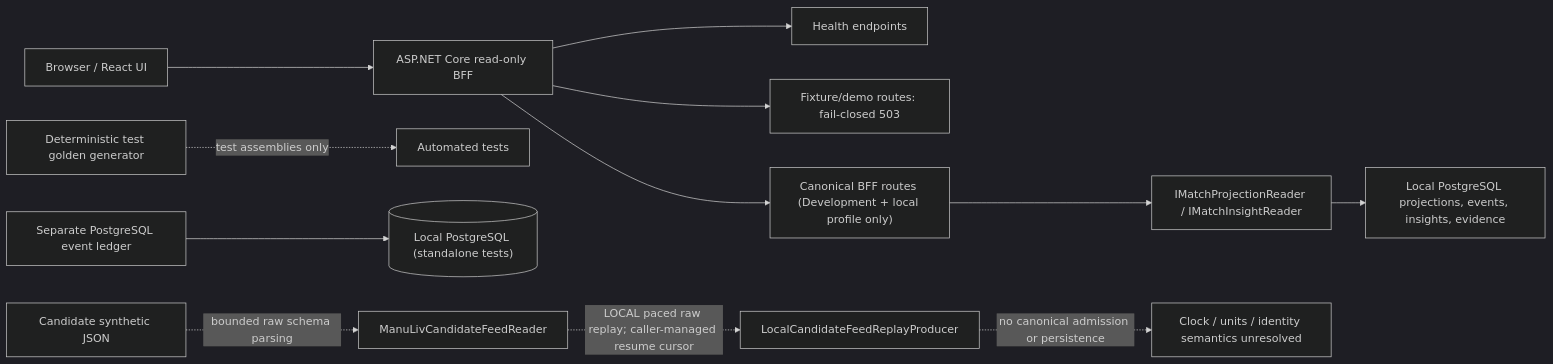
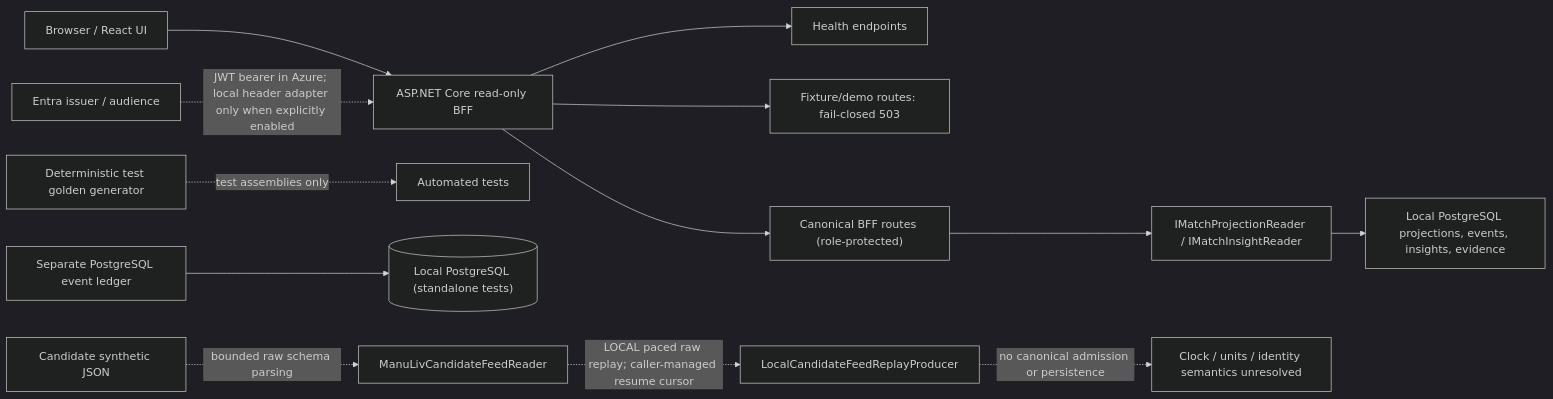
One commit to prateekgangopadhyay/PitchMind changed the first of 2 diagrams in docs/architecture/02-container.md. Above: the diagram before and after it, drawn with Mermaid (dark theme). The commit also changed other lines of this file and 25 other files, not shown here.

````diff
--- a/docs/architecture/02-container.md
+++ b/docs/architecture/02-container.md
@@ -7,14 +7,15 @@
 ```mermaid
 flowchart LR
   U["Browser / React UI"] --> A["ASP.NET Core read-only BFF"]
   A --> H["Health endpoints"]
   A --> MR["Fixture/demo routes: fail-closed 503"]
-  A --> C["Canonical BFF routes (Development + local profile only)"]
+  A --> C["Canonical BFF routes (role-protected)"]
+  ID["Entra issuer / audience"] -. "JWT bearer in Azure; local header adapter only when explicitly enabled" .-> A
   C --> Q["IMatchProjectionReader / IMatchInsightReader"]
   Q --> PG["Local PostgreSQL projections, events, insights, evidence"]
   T["Deterministic test golden generator"] -. test assemblies only .-> Tests["Automated tests"]
   L["Separate PostgreSQL event ledger"] --> P[("Local PostgreSQL (standalone tests)")]
   J["Candidate synthetic JSON"] -. "bounded raw schema parsing" .-> R["ManuLivCandidateFeedReader"]
   R -. "LOCAL paced raw replay; caller-managed resume cursor" .-> RP["LocalCandidateFeedReplayProducer"]
   RP -. "no canonical admission or persistence" .-> X["Clock / units / identity semantics unresolved"]
 ```
````
